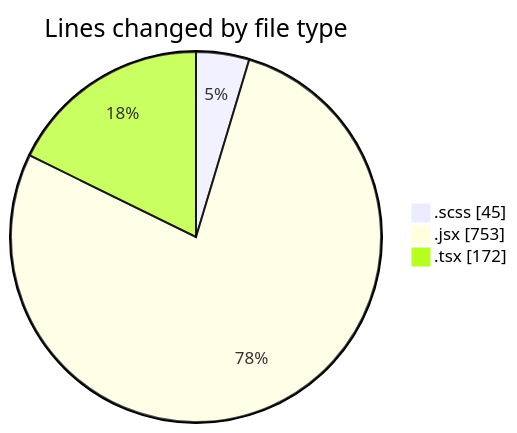
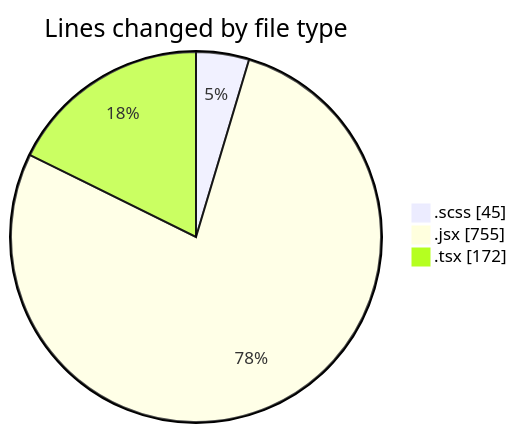
One commit to momahboobian/code-tracking changed the first of 2 diagrams in 2025-06-03/cda/README.md. Above: the diagram before and after it, drawn with Mermaid. The commit also changed other lines of this file and 1 other file, not shown here.

````diff
--- a/2025-06-03/cda/README.md
+++ b/2025-06-03/cda/README.md
@@ -23,7 +23,7 @@
 ```mermaid
 pie showData
 title Lines changed by file type
 ".scss" : 45
-".jsx" : 753
+".jsx" : 755
 ".tsx" : 172
 ```
````
